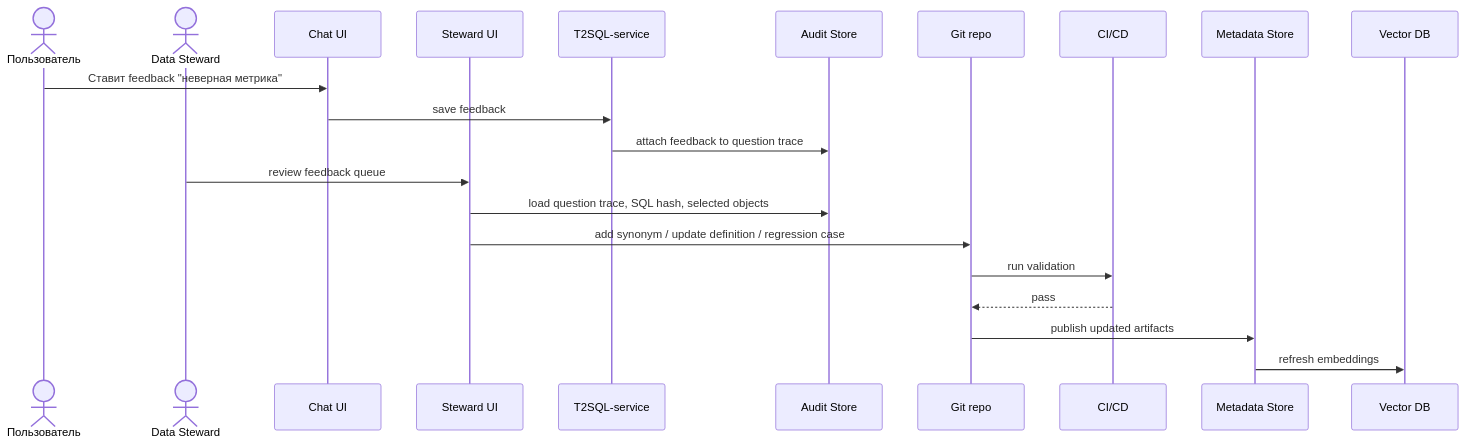
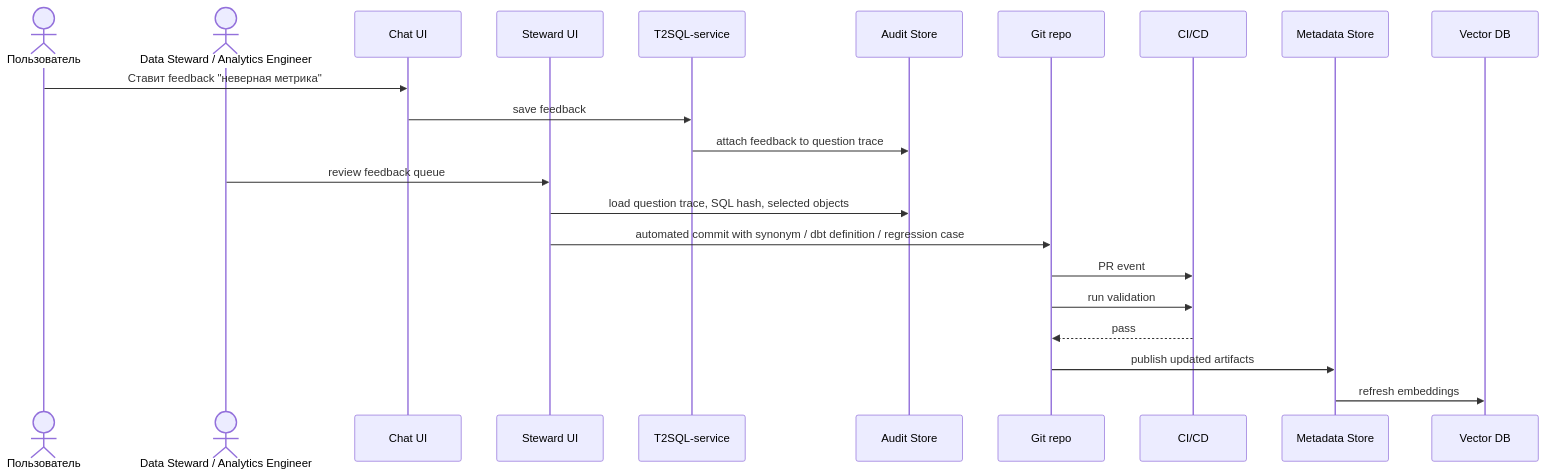
The sixth of 7 diagrams in docs/integration-scenarios.md (MikeYu123/texttosql), drawn with Mermaid before and after one commit. The commit also changed other lines of this file and 1 other file, not shown here.

Commit message:
Unify steward and analytics engineer workflows

````diff
--- a/docs/integration-scenarios.md
+++ b/docs/integration-scenarios.md
@@ -136,24 +137,25 @@
 ```mermaid
 sequenceDiagram
     actor User as Пользователь
-    actor Steward as Data Steward
+    actor Steward as Data Steward / Analytics Engineer
     participant UI as Chat UI
     participant StewardUI as Steward UI
     participant T2SQL as T2SQL-service
     participant Audit as Audit Store
     participant Git as Git repo
     participant CI as CI/CD
     participant Metadata as Metadata Store
     participant VectorDB as Vector DB
 
     User->>UI: Ставит feedback "неверная метрика"
     UI->>T2SQL: save feedback
     T2SQL->>Audit: attach feedback to question trace
     Steward->>StewardUI: review feedback queue
     StewardUI->>Audit: load question trace, SQL hash, selected objects
-    StewardUI->>Git: add synonym / update definition / regression case
+    StewardUI->>Git: automated commit with synonym / dbt definition / regression case
+    Git->>CI: PR event
     Git->>CI: run validation
     CI-->>Git: pass
     Git->>Metadata: publish updated artifacts
     Metadata->>VectorDB: refresh embeddings
 ```
````
